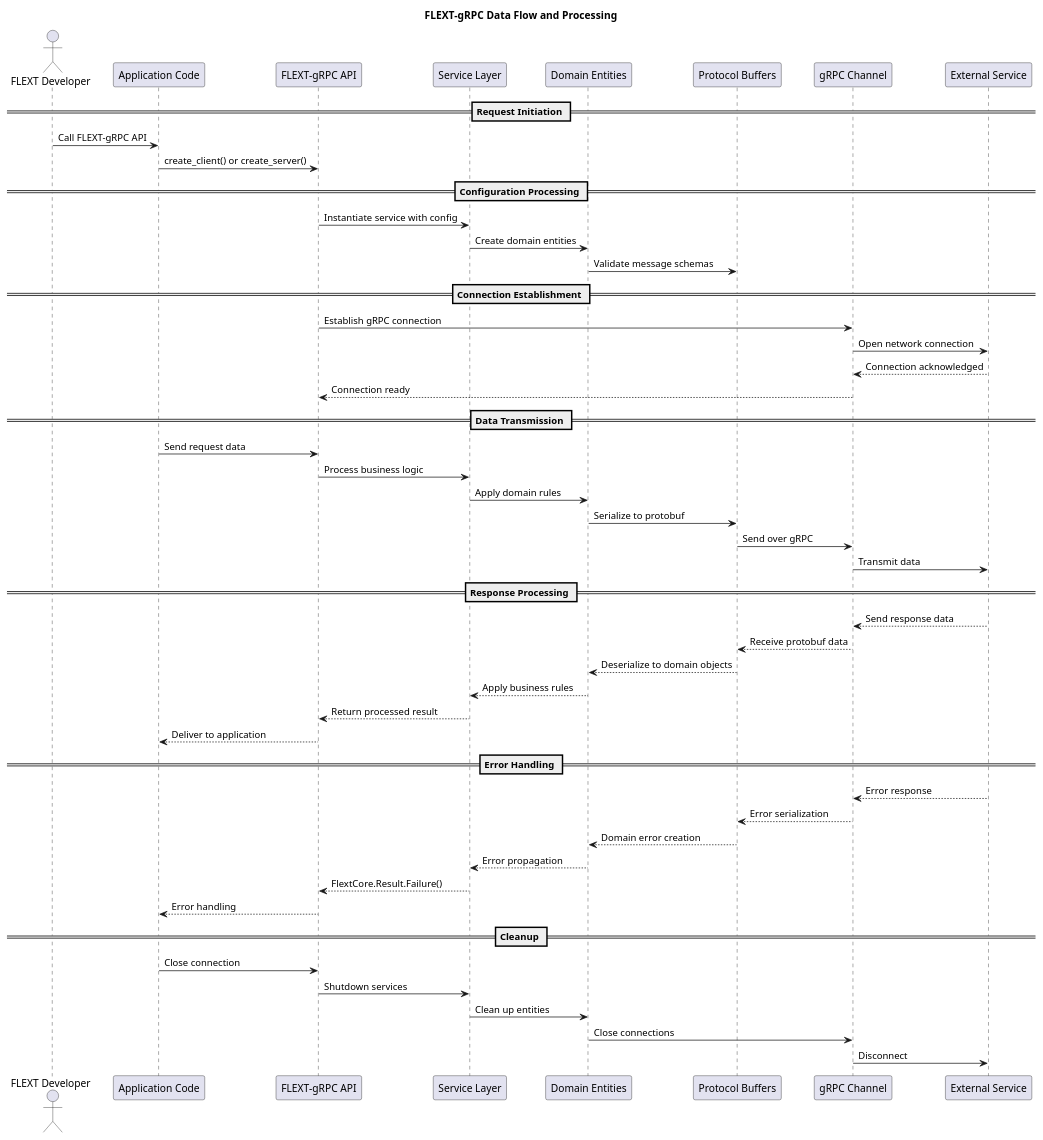
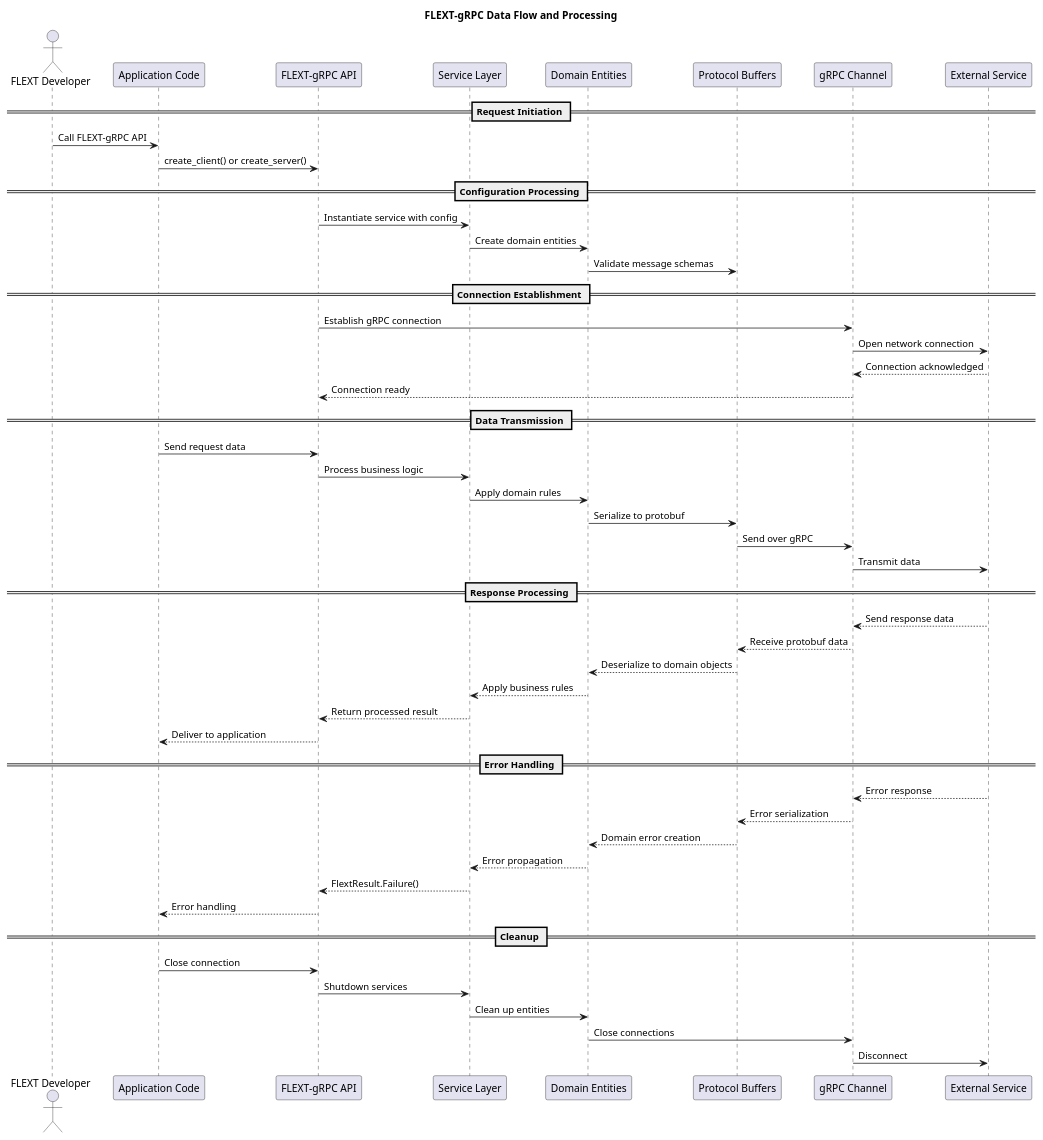
The diagram in docs/architecture/diagrams/data-flow.puml (flext-sh/flext-grpc), drawn with PlantUML before and after one commit. The commit also changed 45 other files, not shown here.

```diff
--- a/docs/architecture/diagrams/data-flow.puml
+++ b/docs/architecture/diagrams/data-flow.puml
@@ -1,60 +1,60 @@
 @startuml FLEXT-gRPC Data Flow Diagram
 
 title FLEXT-gRPC Data Flow and Processing
 
 actor "FLEXT Developer" as developer
 participant "Application Code" as app
 participant "FLEXT-gRPC API" as api
 participant "Service Layer" as service
 participant "Domain Entities" as domain
 participant "Protocol Buffers" as protobuf
 participant "gRPC Channel" as channel
 participant "External Service" as external
 
 == Request Initiation ==
 developer -> app: Call FLEXT-gRPC API
 app -> api: create_client() or create_server()
 
 == Configuration Processing ==
 api -> service: Instantiate service with config
 service -> domain: Create domain entities
 domain -> protobuf: Validate message schemas
 
 == Connection Establishment ==
 api -> channel: Establish gRPC connection
 channel -> external: Open network connection
 external --> channel: Connection acknowledged
 channel --> api: Connection ready
 
 == Data Transmission ==
 app -> api: Send request data
 api -> service: Process business logic
 service -> domain: Apply domain rules
 domain -> protobuf: Serialize to protobuf
 protobuf -> channel: Send over gRPC
 channel -> external: Transmit data
 
 == Response Processing ==
 external --> channel: Send response data
 channel --> protobuf: Receive protobuf data
 protobuf --> domain: Deserialize to domain objects
 domain --> service: Apply business rules
 service --> api: Return processed result
 api --> app: Deliver to application
 
 == Error Handling ==
 external --> channel: Error response
 channel --> protobuf: Error serialization
 protobuf --> domain: Domain error creation
 domain --> service: Error propagation
-service --> api: FlextCore.Result.Failure()
+service --> api: FlextResult.Failure()
 api --> app: Error handling
 
 == Cleanup ==
 app -> api: Close connection
 api -> service: Shutdown services
 service -> domain: Clean up entities
 domain -> channel: Close connections
 channel -> external: Disconnect
 
 @enduml
```
